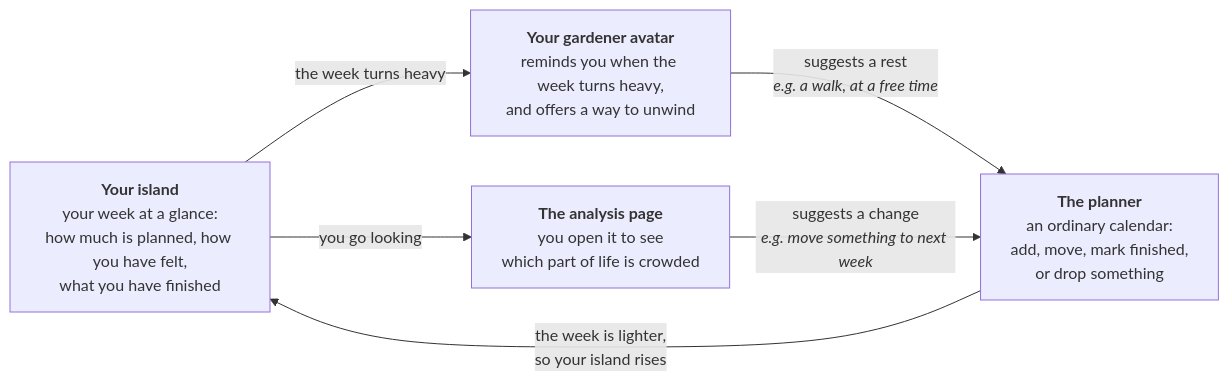
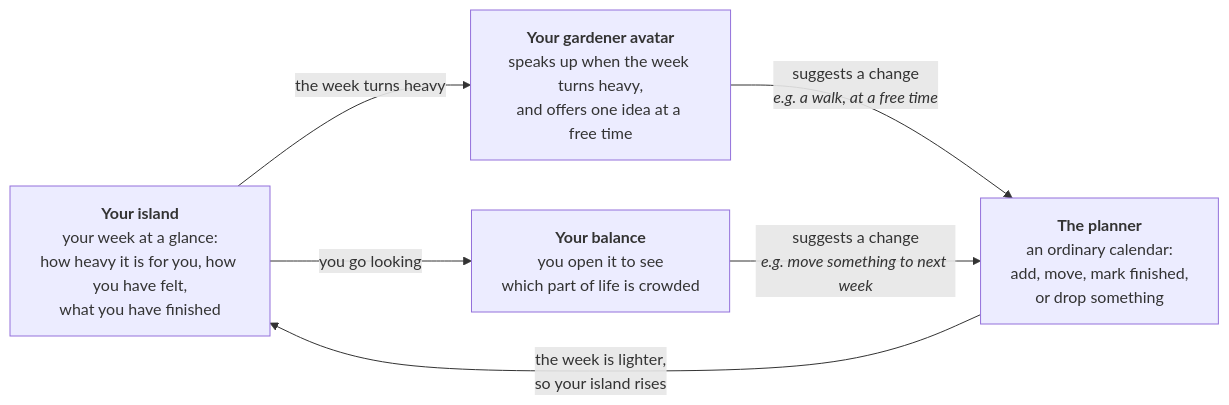
Before and after one commit to 25006675-png/Island_life: the first of 3 diagrams in README.md, drawn with Mermaid. The commit also changed other lines of this file and 57 other files, not shown here.

````diff
--- a/README.md
+++ b/README.md
@@ -314,13 +397,13 @@
 ```mermaid
 flowchart LR
-    Island["<b>Your island</b><br/>your week at a glance:<br/>how much is planned, how you have felt,<br/>what you have finished"]
-    Gardener["<b>Your gardener avatar</b><br/>reminds you when the week turns heavy,<br/>and offers a way to unwind"]
-    Balance["<b>The analysis page</b><br/>you open it to see<br/>which part of life is crowded"]
+    Island["<b>Your island</b><br/>your week at a glance:<br/>how heavy it is for you, how you have felt,<br/>what you have finished"]
+    Gardener["<b>Your gardener avatar</b><br/>speaks up when the week turns heavy,<br/>and offers one idea at a free time"]
+    Balance["<b>Your balance</b><br/>you open it to see<br/>which part of life is crowded"]
     Planner["<b>The planner</b><br/>an ordinary calendar:<br/>add, move, mark finished,<br/>or drop something"]
 
     Island -- "the week turns heavy" --> Gardener
     Island -- "you go looking" --> Balance
-    Gardener -- "suggests a rest<br/><i>e.g. a walk, at a free time</i>" --> Planner
+    Gardener -- "suggests a change<br/><i>e.g. a walk, at a free time</i>" --> Planner
     Balance -- "suggests a change<br/><i>e.g. move something to next week</i>" --> Planner
     Planner -- "the week is lighter,<br/>so your island rises" --> Island
 ```
````
